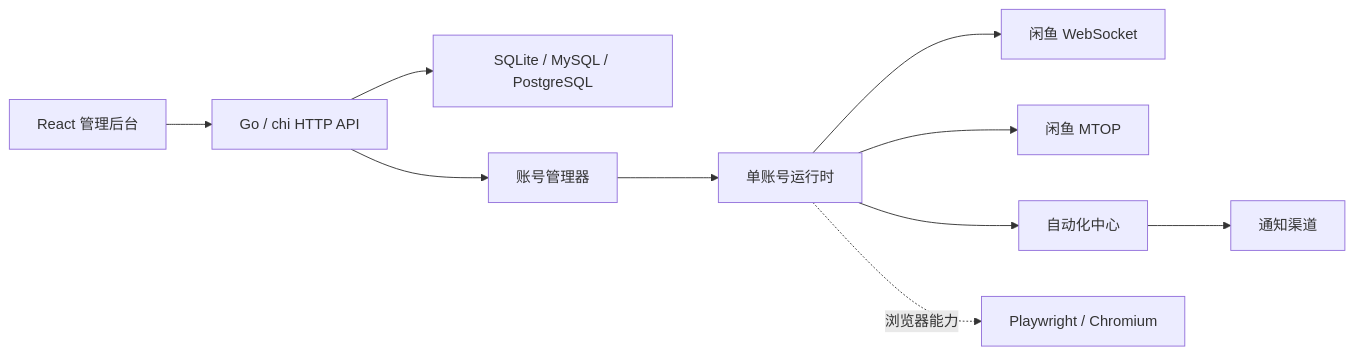
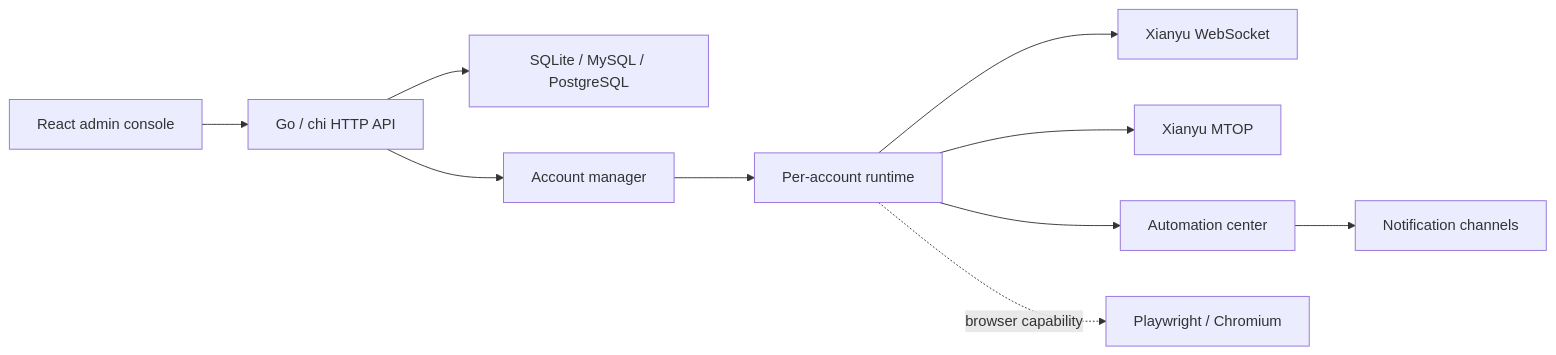
The diagram in README.md (Love-AronaPlana/Ydisks-Xianyu-Helper-AI), drawn with Mermaid before and after one commit. The commit also changed other lines of this file and 201 other files, not shown here.

````diff
--- a/README.md
+++ b/README.md
@@ -87,12 +89,12 @@
-```mermaid
+~~~mermaid
 flowchart LR
-    UI["React 管理后台"] --> API["Go / chi HTTP API"]
+    UI["React admin console"] --> API["Go / chi HTTP API"]
     API --> Store["SQLite / MySQL / PostgreSQL"]
-    API --> Manager["账号管理器"]
-    Manager --> Engine["单账号运行时"]
-    Engine --> WS["闲鱼 WebSocket"]
-    Engine --> MTOP["闲鱼 MTOP"]
-    Engine --> Automation["自动化中心"]
-    Automation --> Notify["通知渠道"]
-    Engine -. "浏览器能力" .-> Chromium["Playwright / Chromium"]
-```
+    API --> Manager["Account manager"]
+    Manager --> Engine["Per-account runtime"]
+    Engine --> WS["Xianyu WebSocket"]
+    Engine --> MTOP["Xianyu MTOP"]
+    Engine --> Automation["Automation center"]
+    Automation --> Notify["Notification channels"]
+    Engine -. "browser capability" .-> Chromium["Playwright / Chromium"]
+~~~
````
